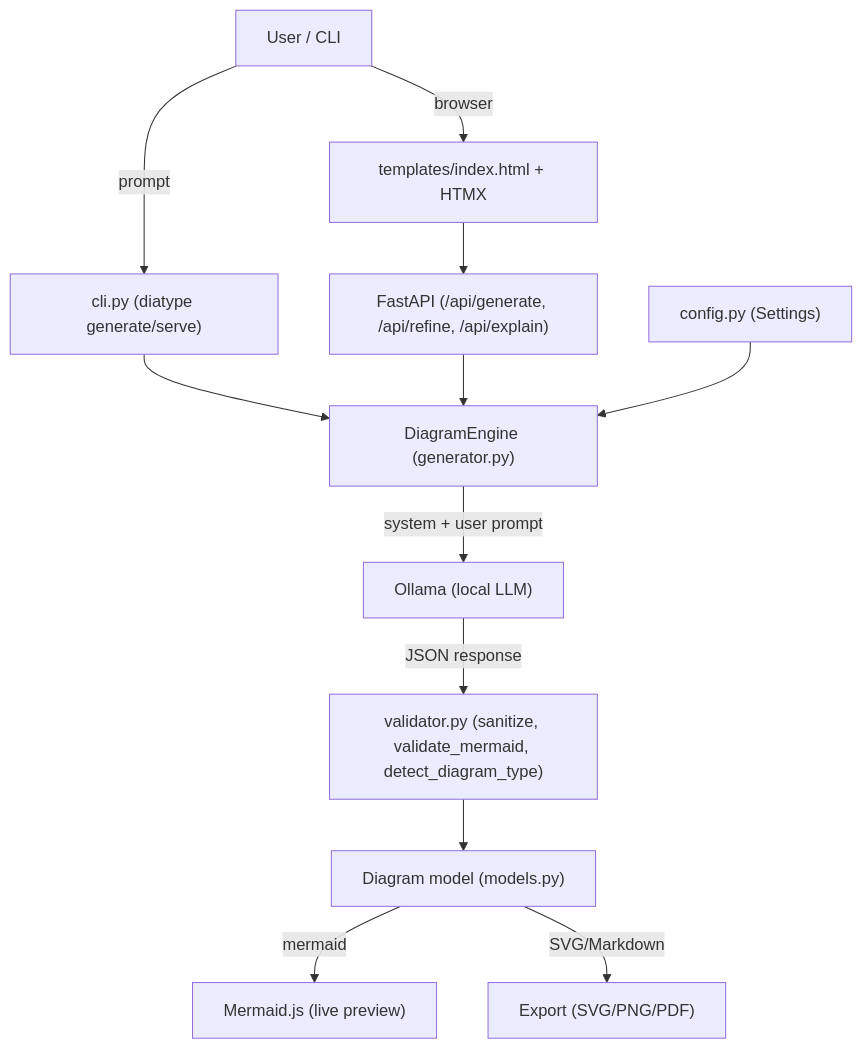
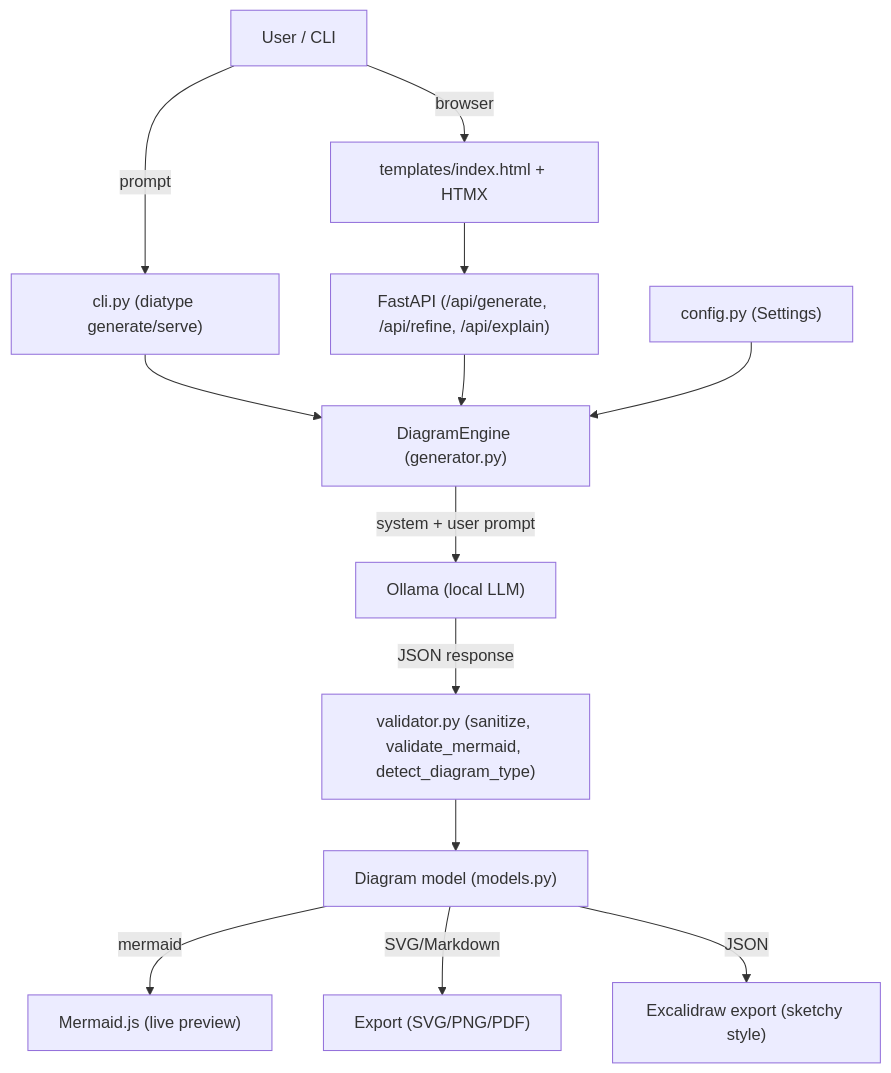
Before and after one commit to ajendras/diatype: the diagram in README.md, drawn with Mermaid. The commit also changed other lines of this file and 6 other files, not shown here.

Commit message:
feat(export): add Excalidraw JSON export with sketchy hand-drawn look

````diff
--- a/README.md
+++ b/README.md
@@ -185,14 +197,15 @@
 ```mermaid
 flowchart TD
     User[User / CLI] -->|prompt| CLI["cli.py (diatype generate/serve)"]
     User -->|browser| UI["templates/index.html + HTMX"]
     CLI --> Engine["DiagramEngine (generator.py)"]
     UI --> FastAPI["FastAPI (/api/generate, /api/refine, /api/explain)"]
     FastAPI --> Engine
     Engine -->|system + user prompt| Ollama["Ollama (local LLM)"]
     Ollama -->|JSON response| Validator["validator.py (sanitize, validate_mermaid, detect_diagram_type)"]
     Validator --> Diagram["Diagram model (models.py)"]
     Diagram -->|mermaid| Renderer["Mermaid.js (live preview)"]
     Diagram -->|SVG/Markdown| Export["Export (SVG/PNG/PDF)"]
+    Diagram -->|JSON| Excalidraw["Excalidraw export (sketchy style)"]
     Config["config.py (Settings)"] --> Engine
 ```
````
